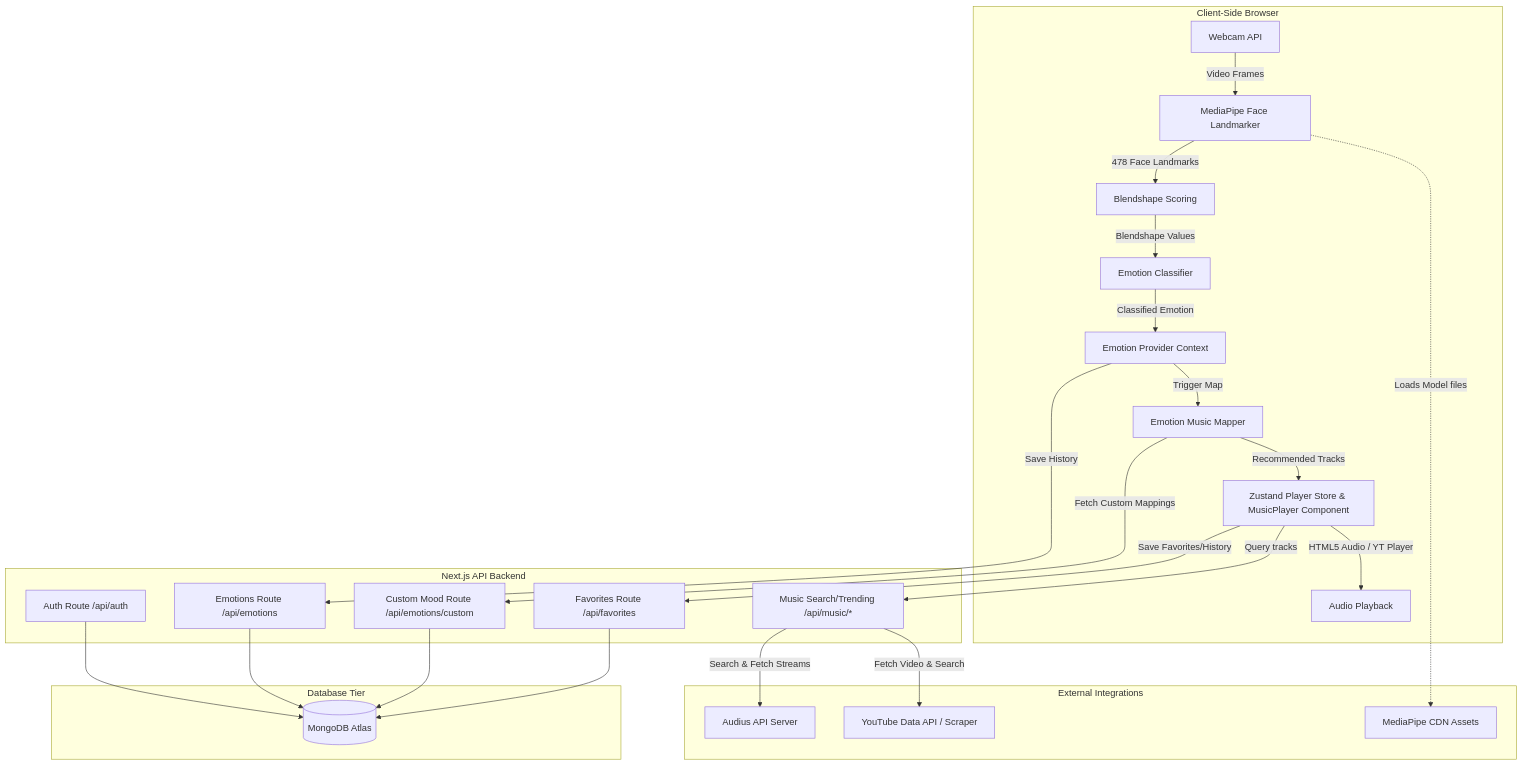
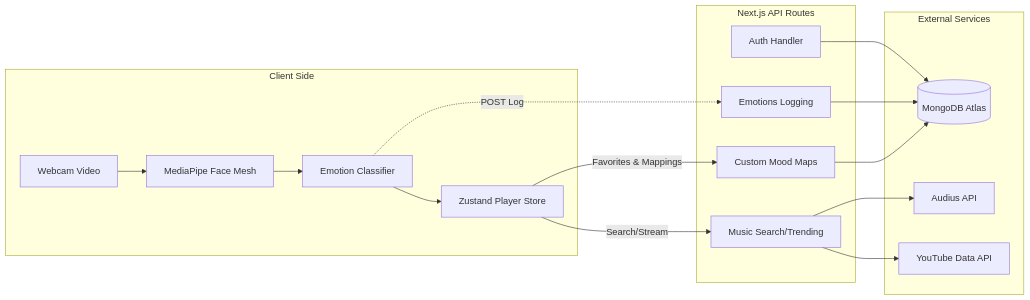
Before and after one commit to Prudhvi2206/FaceTune: the diagram in README.md, drawn with Mermaid. The commit also changed other lines of this file, not shown here.

Commit message:
docs: simplify system architecture and project information in README.md

````diff
--- a/README.md
+++ b/README.md
@@ -34,49 +28,32 @@
 ```mermaid
-graph TD
-    subgraph Client [Client-Side Browser]
-        Webcam[Webcam API] -->|Video Frames| MediaPipe[MediaPipe Face Landmarker]
-        MediaPipe -->|478 Face Landmarks| Blendshapes[Blendshape Scoring]
-        Blendshapes -->|Blendshape Values| EmotionClassifier[Emotion Classifier]
-        EmotionClassifier -->|Classified Emotion| EmotionProvider[Emotion Provider Context]
-        
-        EmotionProvider -->|Trigger Map| MusicMapper[Emotion Music Mapper]
-        MusicMapper -->|Recommended Tracks| MusicPlayer[Zustand Player Store & MusicPlayer Component]
-        
-        MusicPlayer -->|HTML5 Audio / YT Player| AudioOutput[Audio Playback]
+graph LR
+    subgraph Client [Client Side]
+        Webcam[Webcam Video] --> MP[MediaPipe Face Mesh]
+        MP --> Classifier[Emotion Classifier]
+        Classifier --> Player[Zustand Player Store]
     end
     
-    subgraph ExternalServices [External Integrations]
-        Audius[Audius API Server]
-        YouTube[YouTube Data API / Scraper]
-        MediaPipeCDN[MediaPipe CDN Assets]
+    subgraph Backend [Next.js API Routes]
+        API_Auth[Auth Handler]
+        API_Emotions[Emotions Logging]
+        API_Custom[Custom Mood Maps]
+        API_Music[Music Search/Trending]
     end
     
-    subgraph Backend [Next.js API Backend]
-        API_Auth[Auth Route /api/auth]
-        API_Emotions[Emotions Route /api/emotions]
-        API_CustomMood[Custom Mood Route /api/emotions/custom]
-        API_Favorites[Favorites Route /api/favorites]
-        API_Music[Music Search/Trending /api/music/*]
-    end
-    
-    subgraph Database [Database Tier]
-        MongoDB[(MongoDB Atlas)]
+    subgraph External [External Services]
+        DB[(MongoDB Atlas)]
+        Audius[Audius API]
+        YouTube[YouTube Data API]
     end
     
     %% Connections
-    MediaPipe -.->|Loads Model files| MediaPipeCDN
-    MusicPlayer -->|Query tracks| API_Music
-    API_Music -->|Search & Fetch Streams| Audius
-    API_Music -->|Fetch Video & Search| YouTube
+    Classifier -.->|POST Log| API_Emotions
+    Player -->|Favorites & Mappings| API_Custom
+    Player -->|Search/Stream| API_Music
     
-    %% API to Database
-    API_Auth --> MongoDB
-    API_Emotions --> MongoDB
-    API_CustomMood --> MongoDB
-    API_Favorites --> MongoDB
-    
-    %% Client requests to Backend
-    EmotionProvider -->|Save History| API_Emotions
-    MusicMapper -->|Fetch Custom Mappings| API_CustomMood
-    MusicPlayer -->|Save Favorites/History| API_Favorites
+    API_Auth --> DB
+    API_Emotions --> DB
+    API_Custom --> DB
+    API_Music --> Audius
+    API_Music --> YouTube
 ```
````
